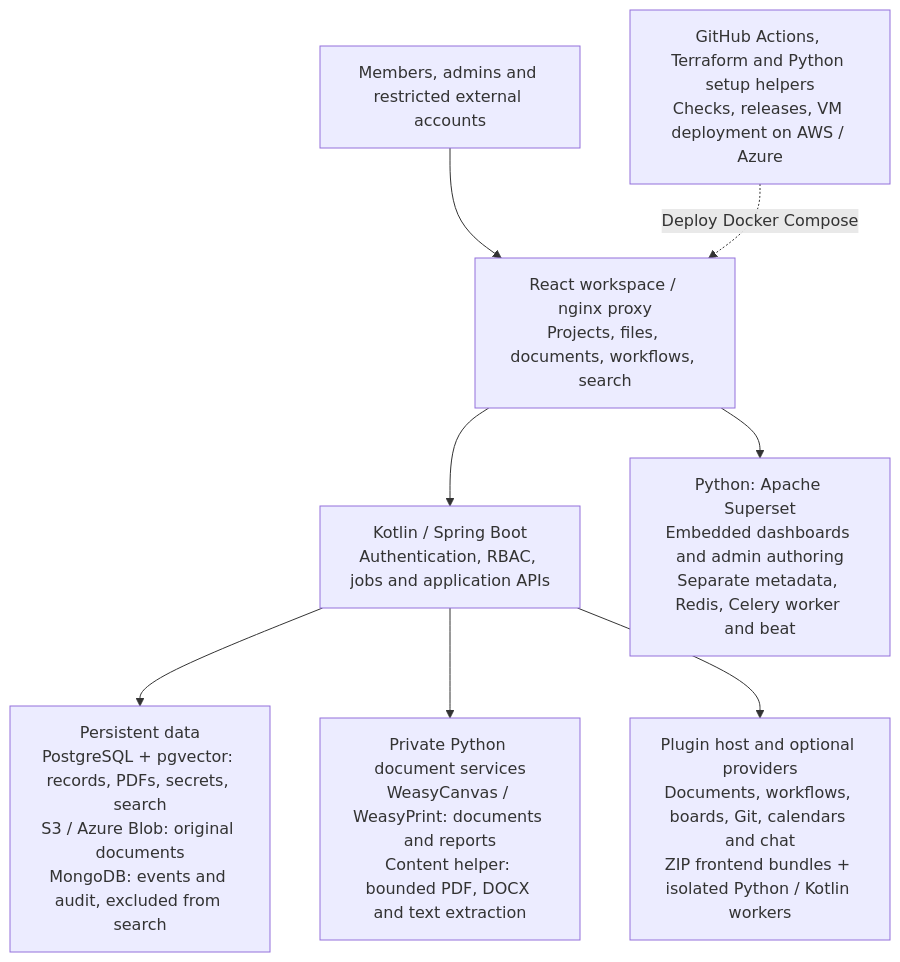
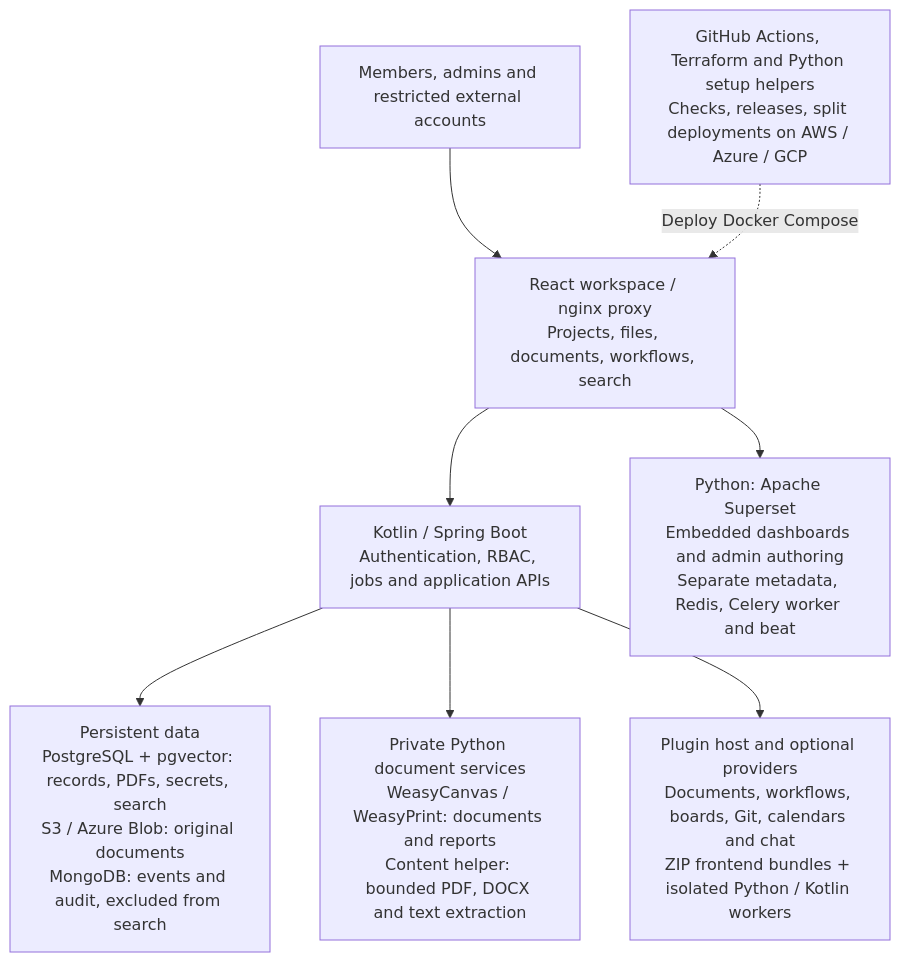
Before and after one commit to GrahamCHill/Meshable-Ops: the diagram in README.md, drawn with Mermaid. The commit also changed other lines of this file and 61 other files, not shown here.

First line of the commit message:
feat: Add assistant chat and improve deployment setup

````diff
--- a/README.md
+++ b/README.md
@@ -52,15 +52,15 @@
 ```mermaid
 flowchart TB
     users["Members, admins and restricted external accounts"]
     web["React workspace / nginx proxy<br/>Projects, files, documents, workflows, search"]
     api["Kotlin / Spring Boot<br/>Authentication, RBAC, jobs and application APIs"]
     state["Persistent data<br/>PostgreSQL + pgvector: records, PDFs, secrets, search<br/>S3 / Azure Blob: original documents<br/>MongoDB: events and audit, excluded from search"]
     python["Private Python document services<br/>WeasyCanvas / WeasyPrint: documents and reports<br/>Content helper: bounded PDF, DOCX and text extraction"]
     plugins["Plugin host and optional providers<br/>Documents, workflows, boards, Git, calendars and chat<br/>ZIP frontend bundles + isolated Python / Kotlin workers"]
     analytics["Python: Apache Superset<br/>Embedded dashboards and admin authoring<br/>Separate metadata, Redis, Celery worker and beat"]
-    ci["GitHub Actions, Terraform and Python setup helpers<br/>Checks, releases, VM deployment on AWS / Azure"]
+    ci["GitHub Actions, Terraform and Python setup helpers<br/>Checks, releases, split deployments on AWS / Azure / GCP"]
     users --> web --> api
     web --> analytics
     api --> state & python & plugins
     ci -. "Deploy Docker Compose" .-> web
 ```
````
